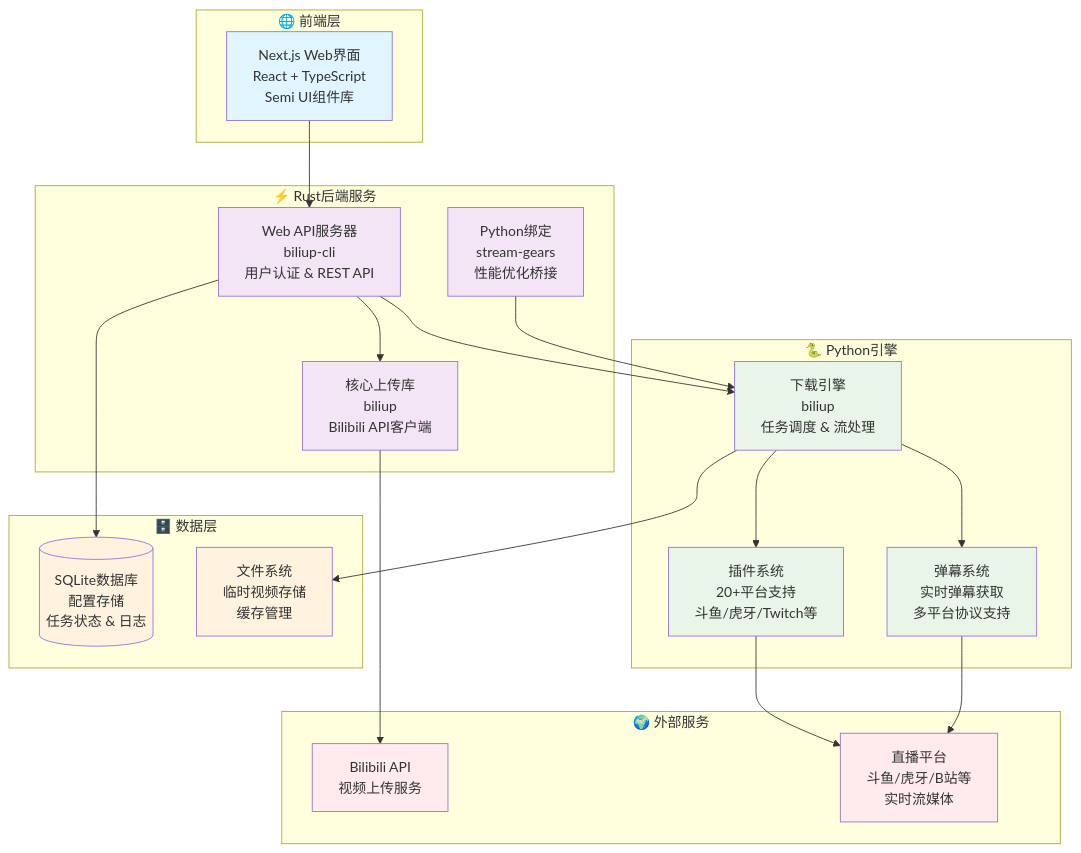
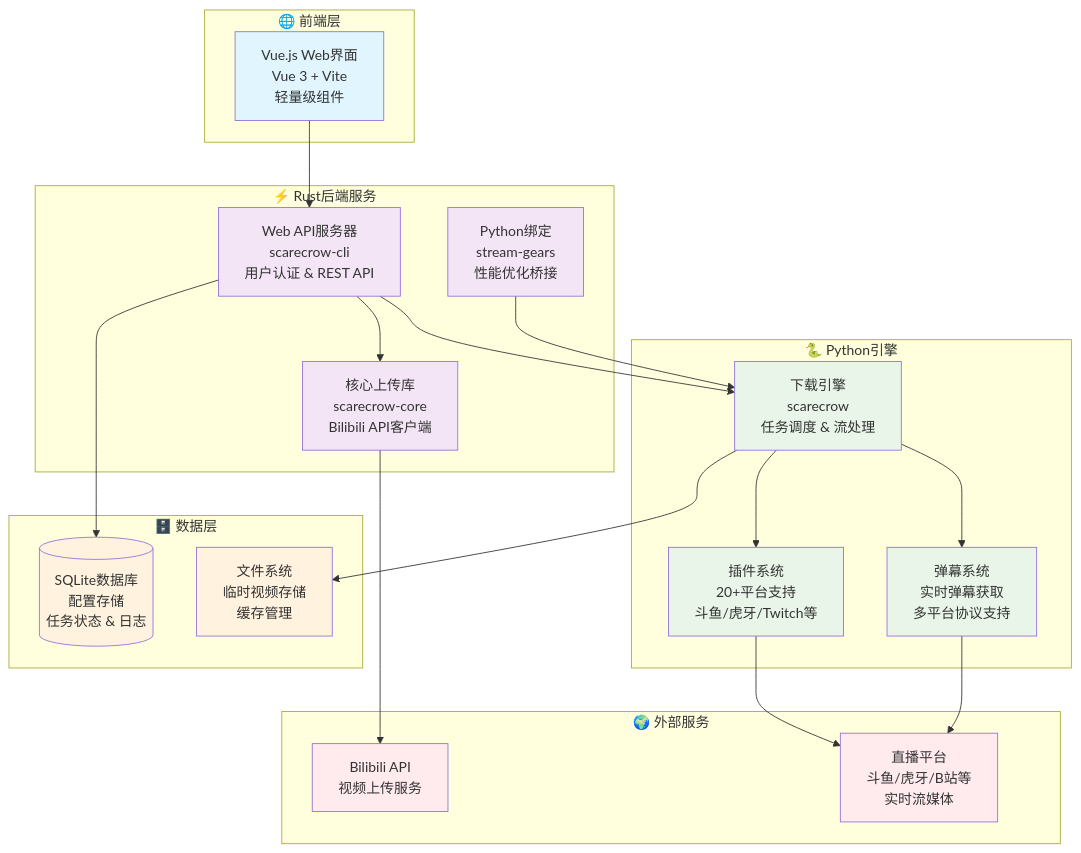
The diagram in README.md (mbfczzz/biliup-my), drawn with Mermaid before and after one commit. The commit also changed other lines of this file and 138 other files, not shown here.

First line of the commit message:
Rename project from biliup to scarecrow

````diff
--- a/README.md
+++ b/README.md
@@ -114,52 +86,52 @@
 ```mermaid
 graph TB
     subgraph "🌐 前端层"
-        UI[Next.js Web界面<br/>React + TypeScript<br/>Semi UI组件库]
+        UI[Vue.js Web界面<br/>Vue 3 + Vite<br/>轻量级组件]
     end
-    
+
     subgraph "⚡ Rust后端服务"
-        CLI[Web API服务器<br/>biliup-cli<br/>用户认证 & REST API]
-        CORE[核心上传库<br/>biliup<br/>Bilibili API客户端]
+        CLI[Web API服务器<br/>scarecrow-cli<br/>用户认证 & REST API]
+        CORE[核心上传库<br/>scarecrow-core<br/>Bilibili API客户端]
         GEARS[Python绑定<br/>stream-gears<br/>性能优化桥接]
     end
     
     subgraph "🐍 Python引擎"
-        ENGINE[下载引擎<br/>biliup<br/>任务调度 & 流处理]
+        ENGINE[下载引擎<br/>scarecrow<br/>任务调度 & 流处理]
         PLUGINS[插件系统<br/>20+平台支持<br/>斗鱼/虎牙/Twitch等]
         DANMAKU[弹幕系统<br/>实时弹幕获取<br/>多平台协议支持]
     end
     
     subgraph "🗄️ 数据层"
         DB[(SQLite数据库<br/>配置存储<br/>任务状态 & 日志)]
         FILES[文件系统<br/>临时视频存储<br/>缓存管理]
     end
     
     subgraph "🌍 外部服务"
         BILI[Bilibili API<br/>视频上传服务]
         STREAMS[直播平台<br/>斗鱼/虎牙/B站等<br/>实时流媒体]
     end
     
     UI --> CLI
     CLI --> CORE
     CLI --> ENGINE
     CLI --> DB
     GEARS --> ENGINE
     ENGINE --> PLUGINS
     ENGINE --> DANMAKU
     ENGINE --> FILES
     CORE --> BILI
     PLUGINS --> STREAMS
     DANMAKU --> STREAMS
     
     style UI fill:#e1f5fe
     style CLI fill:#f3e5f5
     style CORE fill:#f3e5f5
     style GEARS fill:#f3e5f5
     style ENGINE fill:#e8f5e8
     style PLUGINS fill:#e8f5e8
     style DANMAKU fill:#e8f5e8
     style DB fill:#fff3e0
     style FILES fill:#fff3e0
     style BILI fill:#ffebee
     style STREAMS fill:#ffebee
 ```
````
